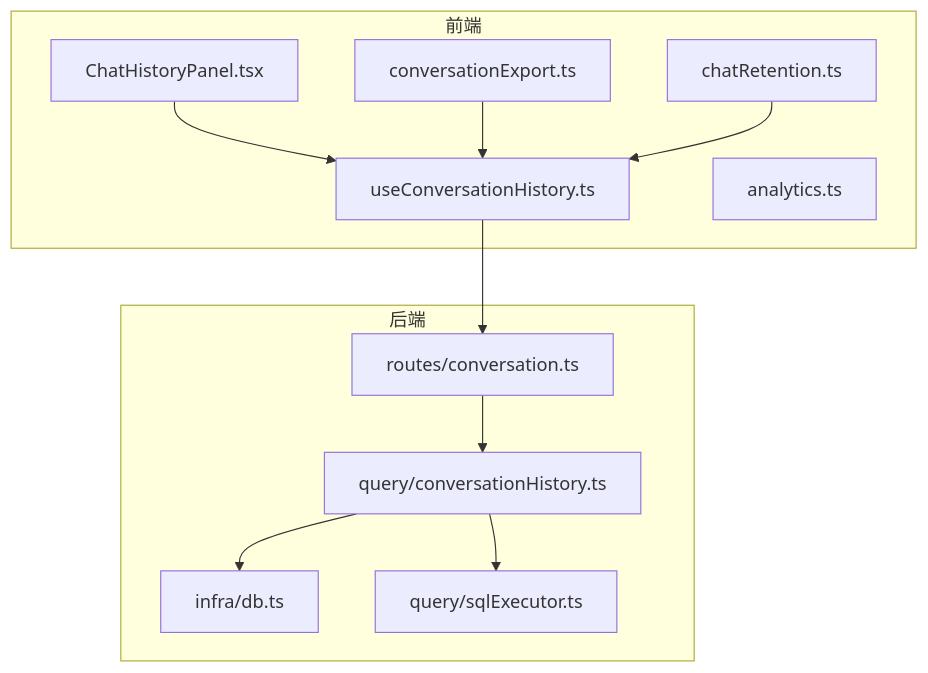
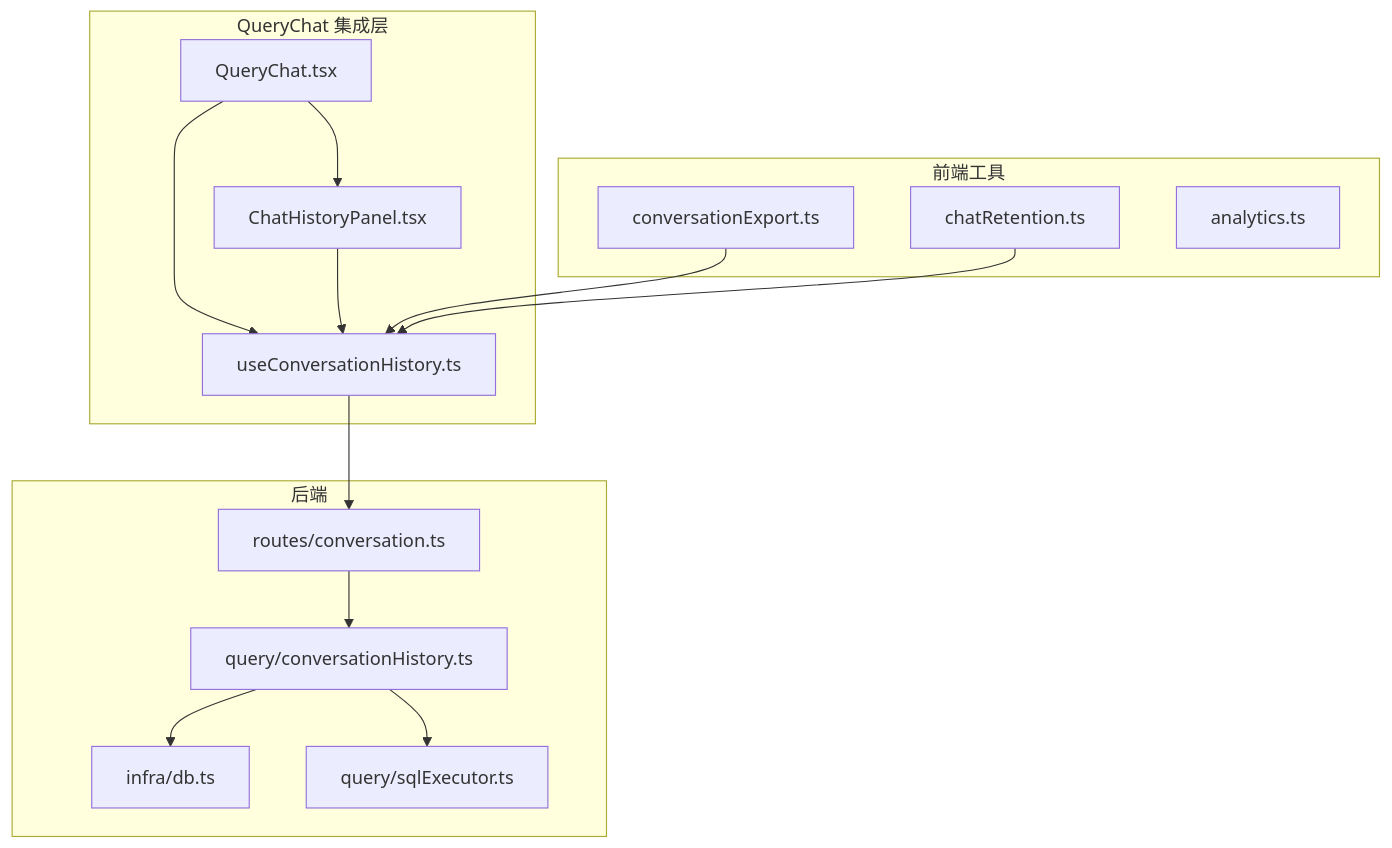
One commit to dgjin/smart-data-analytics changed the first of 8 diagrams in .qoder/repowiki/zh/content/后端服务/核心业务模块/查询处理引擎/对话历史管理.md. Above: the diagram before and after it, drawn with Mermaid. The commit also changed other lines of this file and 146 other files, not shown here.

````diff
--- a/.qoder/repowiki/zh/content/后端服务/核心业务模块/查询处理引擎/对话历史管理.md
+++ b/.qoder/repowiki/zh/content/后端服务/核心业务模块/查询处理引擎/对话历史管理.md
@@ -40,23 +51,28 @@
 ```mermaid
 graph TB
-subgraph "前端"
+subgraph "QueryChat 集成层"
+QC["QueryChat.tsx"]
 UCH["useConversationHistory.ts"]
 CHP["ChatHistoryPanel.tsx"]
+end
+subgraph "前端工具"
 EXP["conversationExport.ts"]
 RET["chatRetention.ts"]
 TYP["analytics.ts"]
 end
 subgraph "后端"
 RT["routes/conversation.ts"]
 QH["query/conversationHistory.ts"]
 DBI["infra/db.ts"]
 SE["query/sqlExecutor.ts"]
 end
+QC --> UCH
+QC --> CHP
 UCH --> RT
 CHP --> UCH
 EXP --> UCH
 RET --> UCH
 RT --> QH
 QH --> DBI
 QH --> SE
 ```
````
